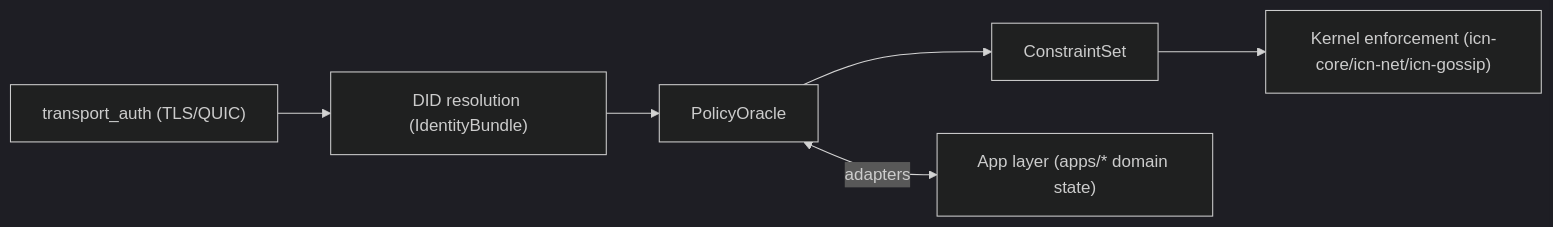
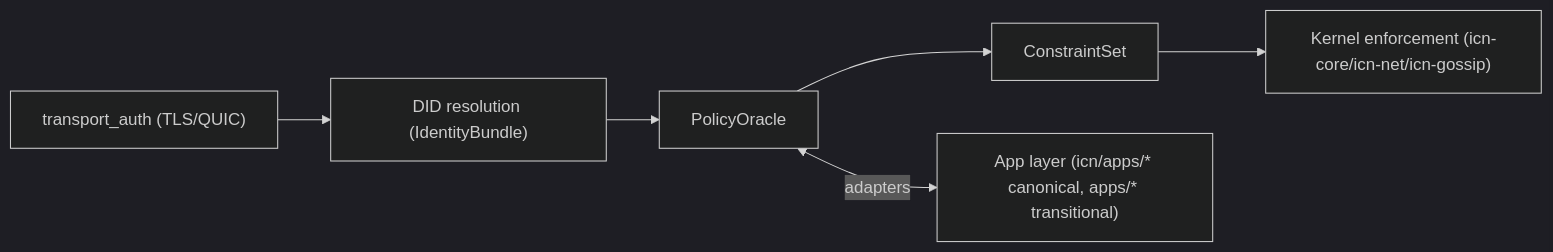
Before and after one commit to InterCooperative-Network/icn: the diagram in docs/ARCHITECTURE.md, drawn with Mermaid (dark theme). The commit also changed other lines of this file and 31 other files, not shown here.

````diff
--- a/docs/ARCHITECTURE.md
+++ b/docs/ARCHITECTURE.md
@@ -260,8 +261,8 @@
 ```mermaid
 flowchart LR
   A["transport_auth (TLS/QUIC)"] --> B["DID resolution (IdentityBundle)"]
   B --> C[PolicyOracle]
   C --> D[ConstraintSet]
   D --> E["Kernel enforcement (icn-core/icn-net/icn-gossip)"]
-  C <-->|adapters| F["App layer (apps/* domain state)"]
+  C <-->|adapters| F["App layer (icn/apps/* canonical, apps/* transitional)"]
 ```
````
